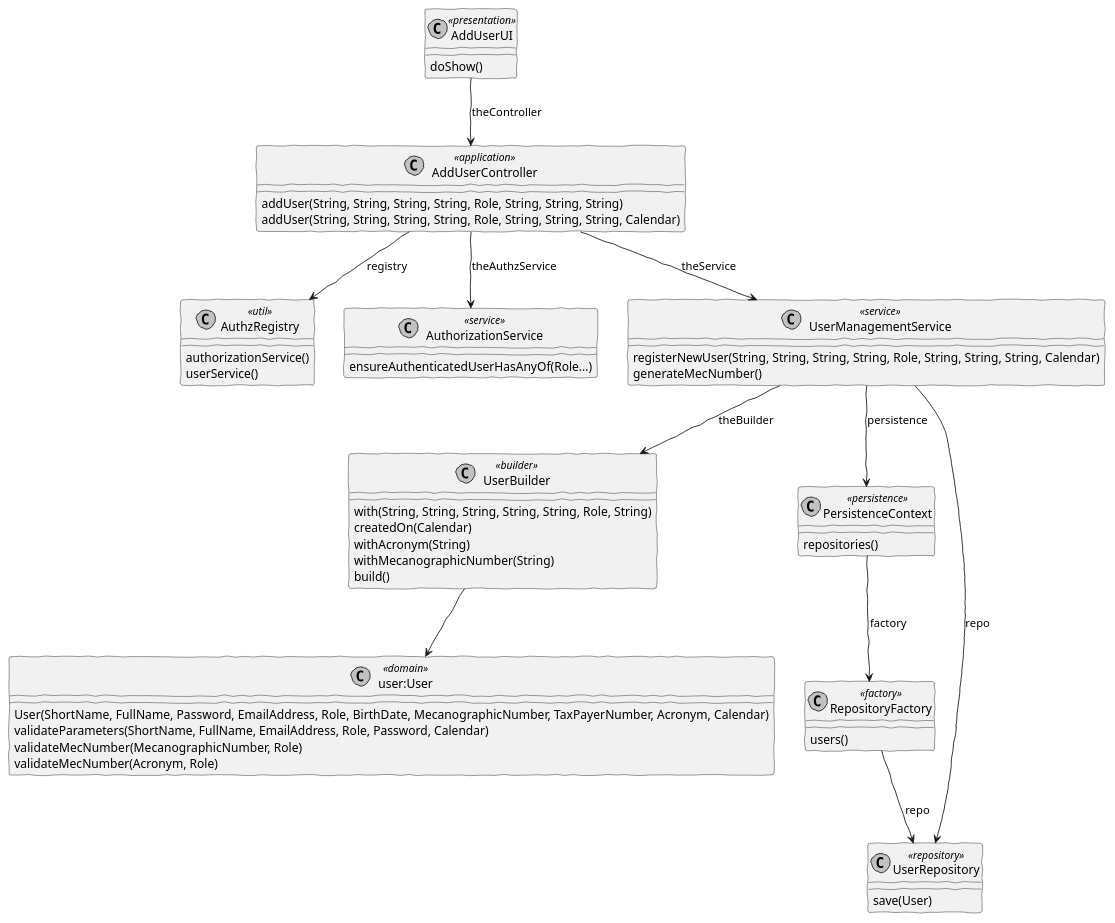
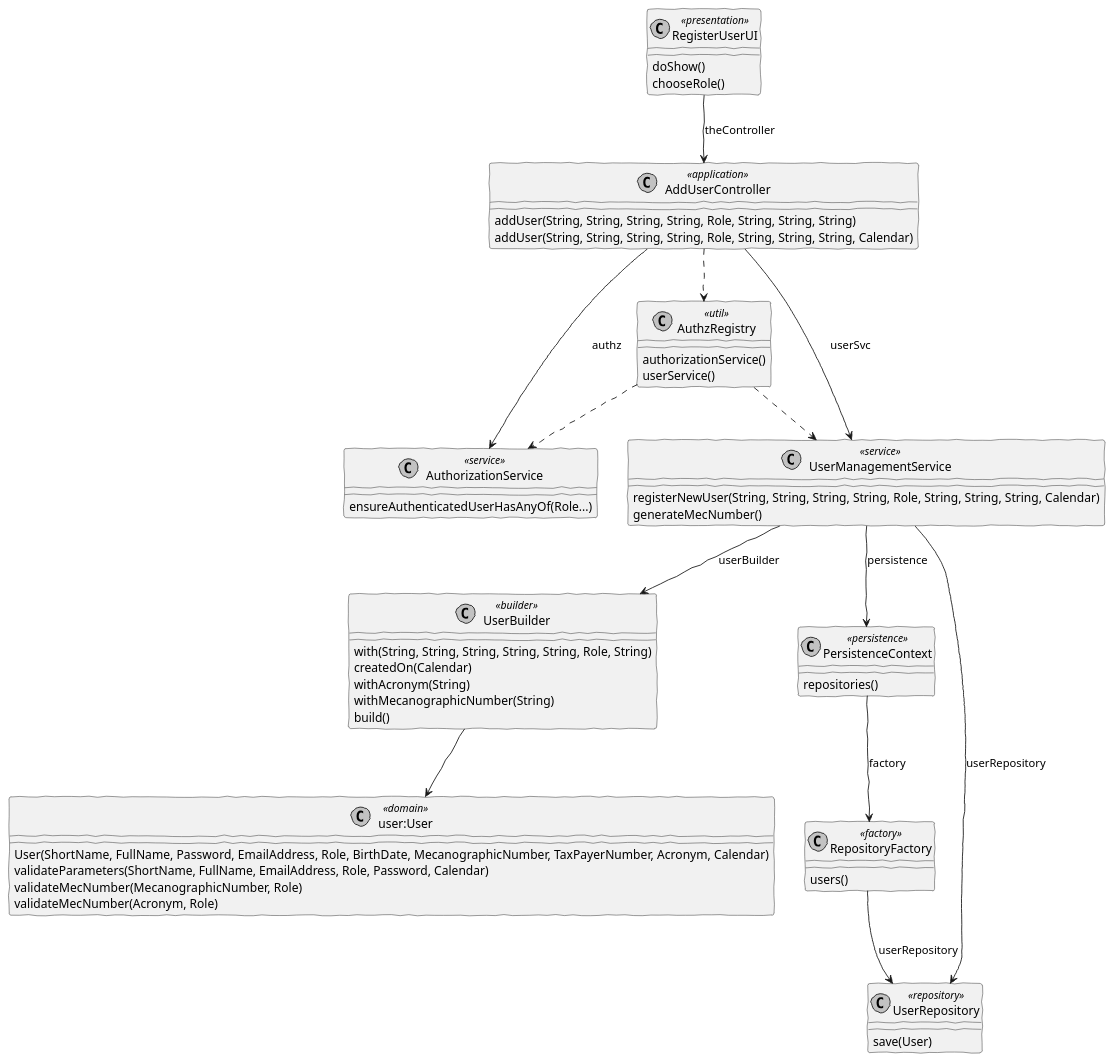
One commit to brunacosta03/sem4pi_22_23 changed the diagram in docs/SPRINT B/US_1001/CD/RegisterUser-CD.puml. Above: the diagram before and after it, drawn with PlantUML. The commit also changed 31 other files, not shown here.

```diff
--- a/docs/SPRINT B/US_1001/CD/RegisterUser-CD.puml
+++ b/docs/SPRINT B/US_1001/CD/RegisterUser-CD.puml
@@ -1,52 +1,56 @@
 @startuml
 'http://plantuml.com/skinparam.html
 skinparam handwritten true
 skinparam monochrome true
 skinparam packageStyle rect
 skinparam defaultFontName FG Virgil
 skinparam shadowing false
 
-class AddUserUI <<presentation>>
+class RegisterUserUI <<presentation>>
 class AddUserController <<application>>
-class AuthzRegistry <<util>>
 class AuthorizationService <<service>>
 class UserManagementService <<service>>
+class AuthzRegistry <<util>>
 class UserBuilder <<builder>>
 class "user:User" <<domain>>
 class PersistenceContext  <<persistence>>
 class RepositoryFactory  <<factory>>
 class UserRepository <<repository>>
 
-AddUserUI --> AddUserController : theController
-AddUserController --> AuthorizationService: theAuthzService
-AddUserController --> UserManagementService: theService
-UserManagementService --> UserBuilder: theBuilder
+RegisterUserUI --> AddUserController : theController
+AddUserController --> AuthorizationService : authz
+AddUserController --> UserManagementService : userSvc
+AddUserController ..> AuthzRegistry
+AuthzRegistry ..> AuthorizationService
+AuthzRegistry ..> UserManagementService
+UserManagementService --> UserBuilder : userBuilder
 UserBuilder --> "user:User"
-UserManagementService --> PersistenceContext: persistence
-PersistenceContext --> RepositoryFactory: factory
-RepositoryFactory --> UserRepository: repo
-UserManagementService --> UserRepository: repo
-AddUserController --> AuthzRegistry: registry
+UserManagementService --> PersistenceContext : persistence
+PersistenceContext --> RepositoryFactory : factory
+RepositoryFactory --> UserRepository : userRepository
+UserManagementService --> UserRepository : userRepository
 
-AddUserUI : doShow()
+RegisterUserUI : doShow()
+RegisterUserUI : chooseRole()
 UserRepository : save(User)
 AddUserController : addUser(String, String, String, String, Role, String, String, String)
 AddUserController : addUser(String, String, String, String, Role, String, String, String, Calendar)
-AuthzRegistry : authorizationService()
-AuthzRegistry : userService()
 AuthorizationService : ensureAuthenticatedUserHasAnyOf(Role...)
 UserManagementService : registerNewUser(String, String, String, String, Role, String, String, String, Calendar)
 UserManagementService : generateMecNumber()
 UserBuilder : with(String, String, String, String, String, Role, String)
 UserBuilder : createdOn(Calendar)
 UserBuilder : withAcronym(String)
 UserBuilder : withMecanographicNumber(String)
 UserBuilder : build()
 PersistenceContext : repositories()
 RepositoryFactory : users()
 "user:User" : User(ShortName, FullName, Password, EmailAddress, Role, BirthDate, MecanographicNumber, TaxPayerNumber, Acronym, Calendar)
 "user:User" : validateParameters(ShortName, FullName, EmailAddress, Role, Password, Calendar)
 "user:User" : validateMecNumber(MecanographicNumber, Role)
 "user:User" : validateMecNumber(Acronym, Role)
+AuthzRegistry : authorizationService()
+AuthzRegistry : userService()
+
 
 @enduml
```
